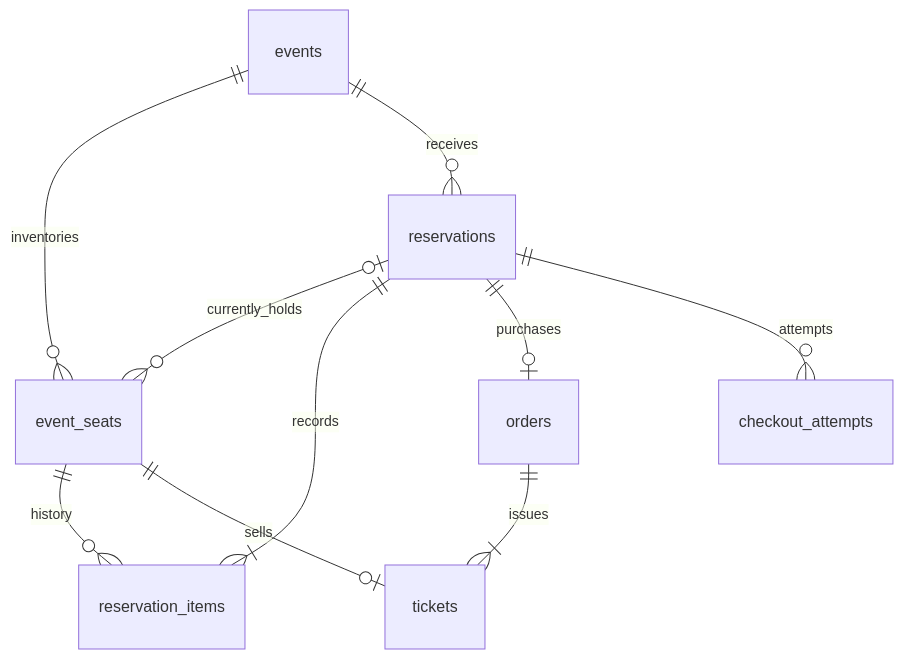
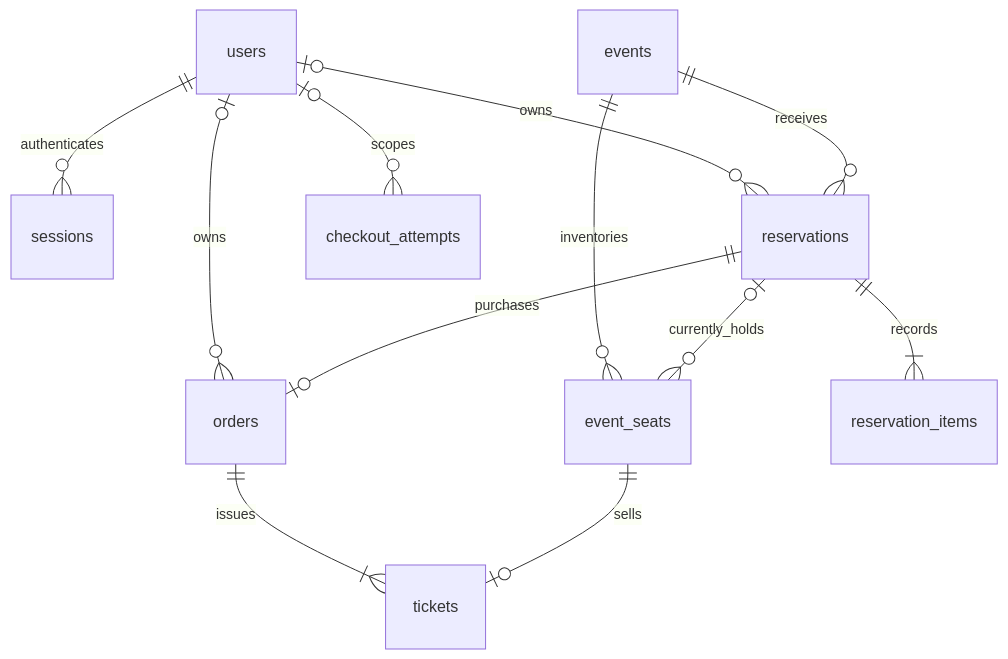
Before and after one commit to IvanYam4ikov/TicketReservations: the diagram in README.md, drawn with Mermaid. The commit also changed other lines of this file and 14 other files, not shown here.

````diff
--- a/README.md
+++ b/README.md
@@ -107,12 +99,14 @@
 ```mermaid
 erDiagram
+    users ||--o{ sessions : authenticates
+    users o|--o{ reservations : owns
+    users o|--o{ orders : owns
     events ||--o{ event_seats : inventories
     events ||--o{ reservations : receives
     reservations o|--o{ event_seats : currently_holds
     reservations ||--|{ reservation_items : records
-    event_seats ||--o{ reservation_items : history
     reservations ||--o| orders : purchases
     orders ||--|{ tickets : issues
     event_seats ||--o| tickets : sells
-    reservations ||--o{ checkout_attempts : attempts
+    users o|--o{ checkout_attempts : scopes
 ```
````
